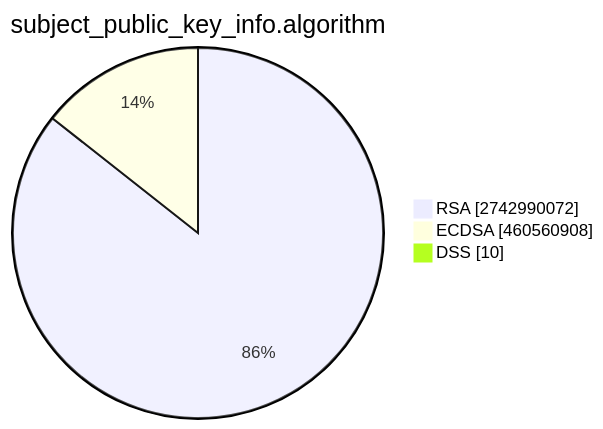
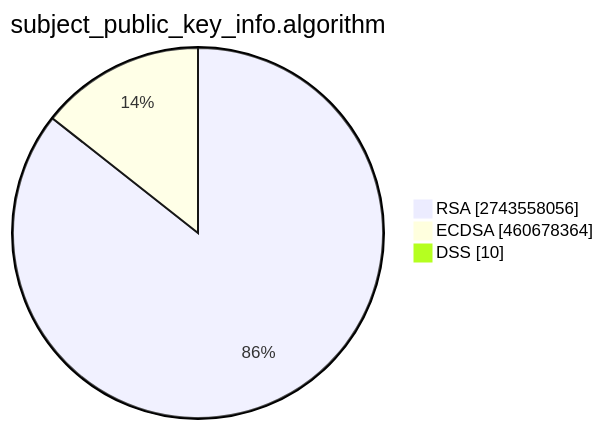
Before and after one commit to christiankrug/ctmonitor_visualization: the second of 15 diagrams in TOTAL/README.md, drawn with Mermaid. The commit also changed other lines of this file, not shown here.

````diff
--- a/TOTAL/README.md
+++ b/TOTAL/README.md
@@ -6,7 +6,7 @@
 ```mermaid
 pie showData
 title subject_public_key_info.algorithm
-"RSA" :2742990072
-"ECDSA" :460560908
+"RSA" :2743558056
+"ECDSA" :460678364
 "DSS" :10
 ```
````
